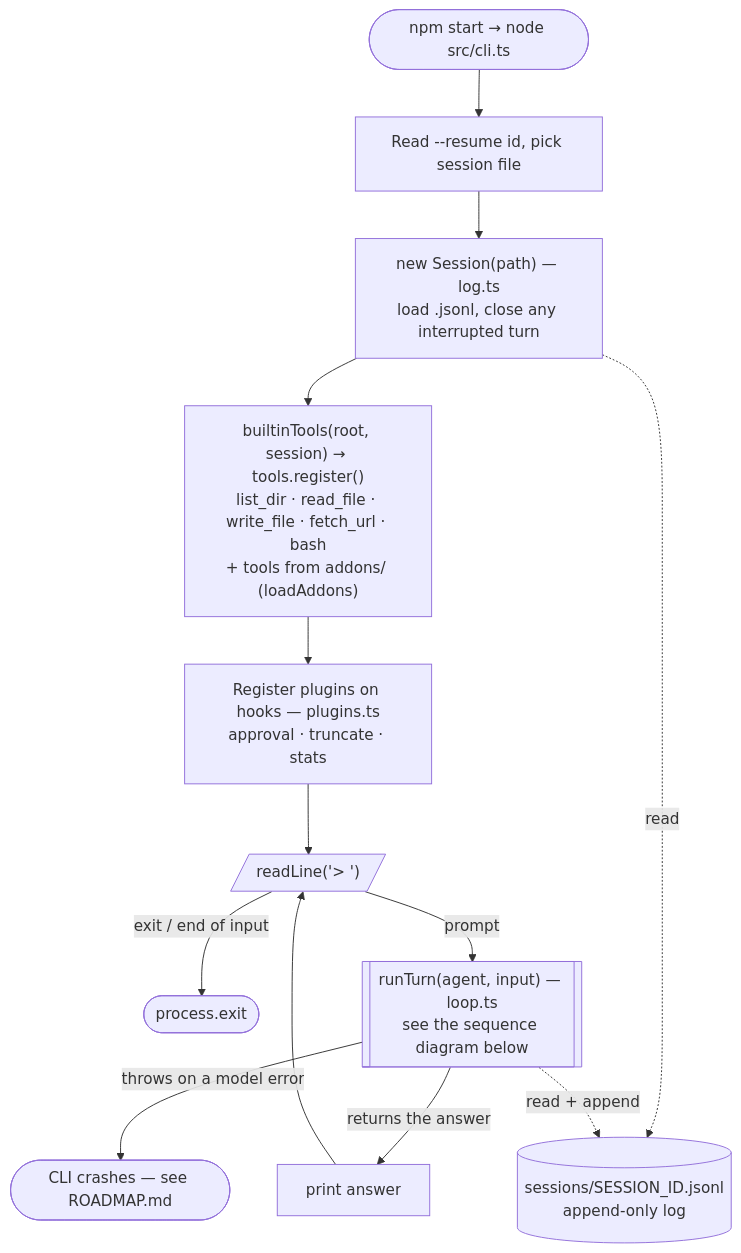
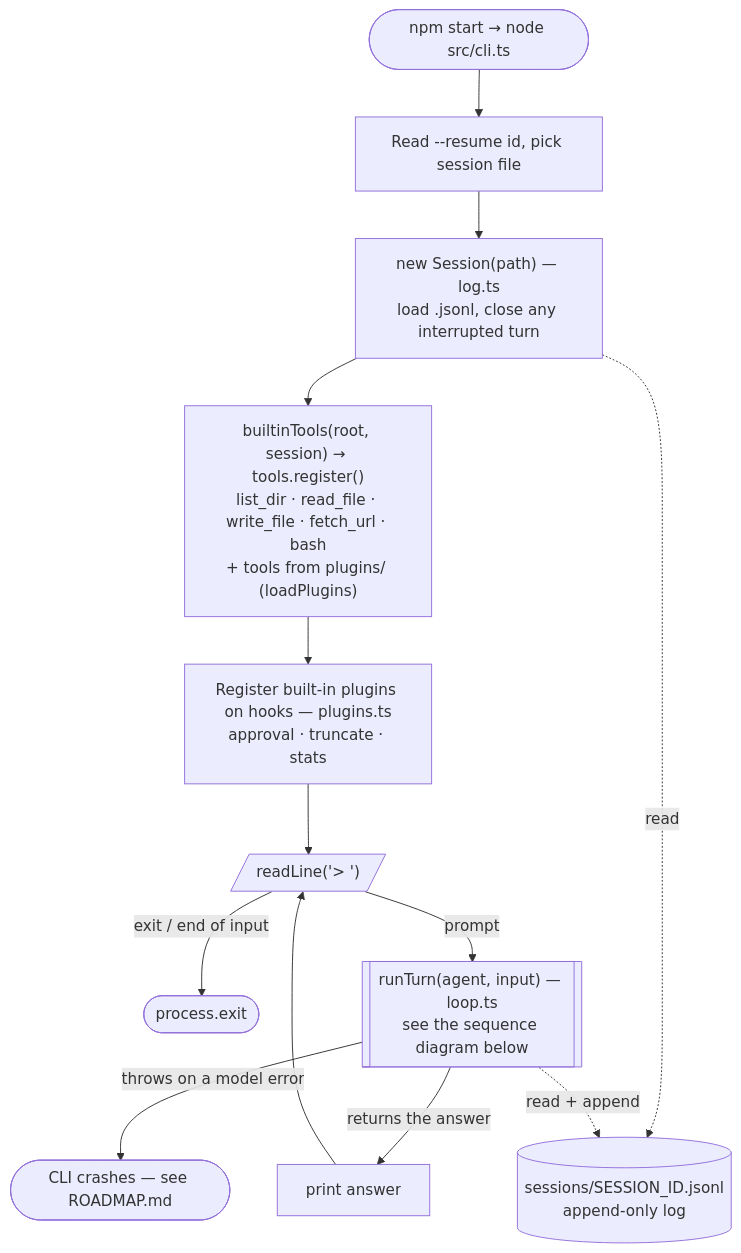
The first of 2 diagrams in README.md (karthikeyanrathore/tiny-harness), drawn with Mermaid before and after one commit. The commit also changed other lines of this file and 14 other files, not shown here.

````diff
--- a/README.md
+++ b/README.md
@@ -87,17 +87,17 @@
 ```mermaid
 flowchart TD
     A(["npm start → node src/cli.ts"]) --> B["Read --resume id, pick session file"]
     B --> C["new Session(path) — log.ts<br/>load .jsonl, close any interrupted turn"]
-    C --> D["builtinTools(root, session) → tools.register()<br/>list_dir · read_file · write_file · fetch_url · bash<br/>+ tools from addons/ (loadAddons)"]
-    D --> E["Register plugins on hooks — plugins.ts<br/>approval · truncate · stats"]
+    C --> D["builtinTools(root, session) → tools.register()<br/>list_dir · read_file · write_file · fetch_url · bash<br/>+ tools from plugins/ (loadPlugins)"]
+    D --> E["Register built-in plugins on hooks — plugins.ts<br/>approval · truncate · stats"]
     E --> F[/"readLine('> ')"/]
 
     F -->|"exit / end of input"| Z(["process.exit"])
     F -->|"prompt"| RT[["runTurn(agent, input) — loop.ts<br/>see the sequence diagram below"]]
     RT -->|"returns the answer"| P["print answer"] --> F
     RT -->|"throws on a model error"| CRASH(["CLI crashes — see ROADMAP.md"])
 
     LOG[("sessions/SESSION_ID.jsonl<br/>append-only log")]
     C -.->|read| LOG
     RT -.->|"read + append"| LOG
 ```
````
